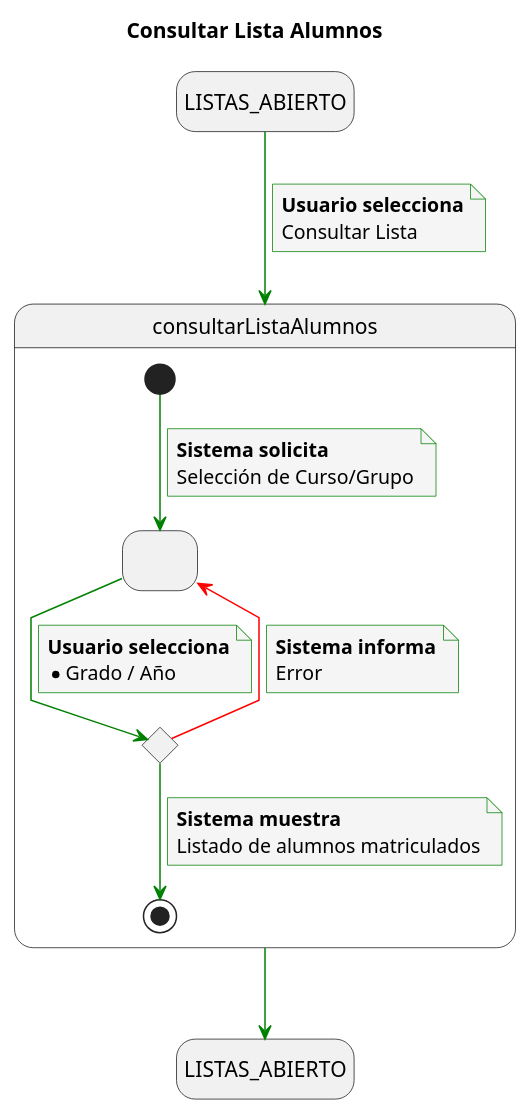
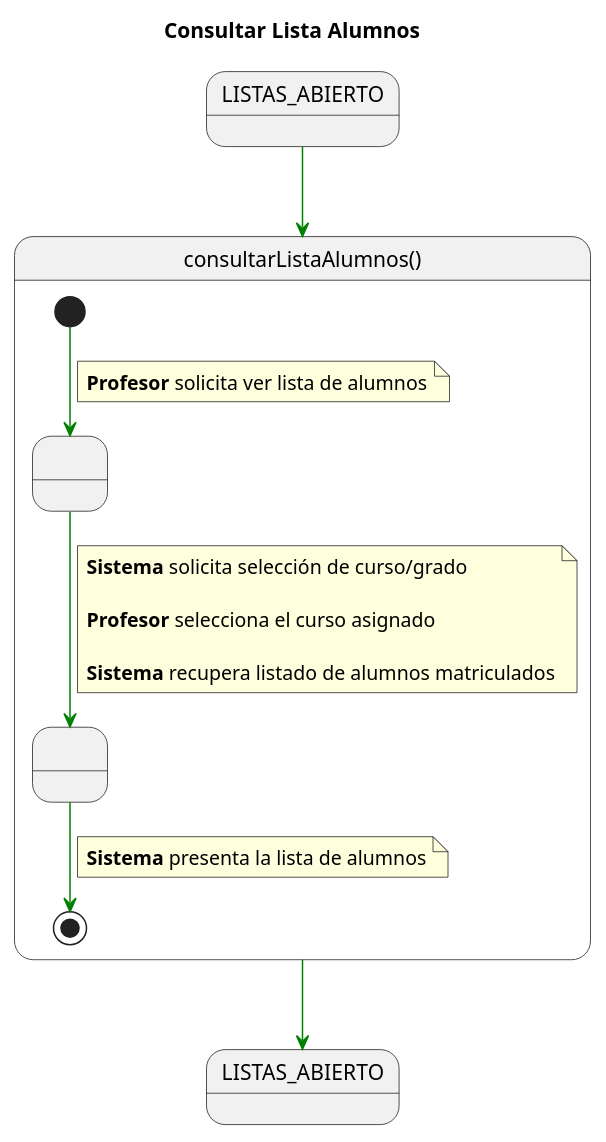
One commit to enmabry/25-26-IdSw1-SdR changed the diagram in documents/CasosDeUso/DetalladoCasosDeUso/Profesor/consultarListaAlumnos.puml. Above: the diagram before and after it, drawn with PlantUML. The commit also changed 11 other files, not shown here.

```diff
--- a/documents/CasosDeUso/DetalladoCasosDeUso/Profesor/consultarListaAlumnos.puml
+++ b/documents/CasosDeUso/DetalladoCasosDeUso/Profesor/consultarListaAlumnos.puml
@@ -1,53 +1,39 @@
 @startuml
 title Consultar Lista Alumnos
 
-skinparam {
-    NoteBackgroundColor #whiteSmoke
-    ArrowColor #green
-    NoteBorderColor #green
-    linetype polyline
+skinparam linetype polyline
+
+state LISTAS_ABIERTO_INICIAL as "LISTAS_ABIERTO"
+state LISTAS_ABIERTO_FINAL as "LISTAS_ABIERTO"
+
+LISTAS_ABIERTO_INICIAL -[#green]-> consultarListaAlumnos
+
+state consultarListaAlumnos as "consultarListaAlumnos()" {
+
+    state " " as SolicitandoCriterios
+    state " " as ListaRenderizada
+
+    [*] -[#green]-> SolicitandoCriterios
+    note on link
+    <b>Profesor</b> solicita ver lista de alumnos
+    end note
+
+    SolicitandoCriterios -[#green]-> ListaRenderizada
+    note on link
+    <b>Sistema</b> solicita selección de curso/grado
+    
+    <b>Profesor</b> selecciona el curso asignado
+
+    <b>Sistema</b> recupera listado de alumnos matriculados
+    end note
+
+    ListaRenderizada -[#green]-> [*]
+    note on link
+    <b>Sistema</b> presenta la lista de alumnos
+    end note
+
 }
 
-hide empty description
-
-state startState as "LISTAS_ABIERTO"
-state endState as "LISTAS_ABIERTO"
-
-startState --> consultarListaAlumnos
-note on link
-    <b>Usuario selecciona</b>
-    Consultar Lista
-end note
-
-state consultarListaAlumnos {
-    state SeleccionGrupo as " "
-    state ValidarExistencia <<choice>>
-
-    [*] --> SeleccionGrupo
-    note on link
-        <b>Sistema solicita</b>
-        Selección de Curso/Grupo
-    end note
-
-    SeleccionGrupo --> ValidarExistencia
-    note on link
-        <b>Usuario selecciona</b>
-        * Grado / Año
-    end note
-
-    ValidarExistencia -[#red]-> SeleccionGrupo
-    note on link
-        <b>Sistema informa</b>
-        Error
-    end note
-
-    ValidarExistencia --> [*]
-    note on link
-        <b>Sistema muestra</b>
-        Listado de alumnos matriculados
-    end note
-}
-
-consultarListaAlumnos --> endState
+consultarListaAlumnos -[#green]-> LISTAS_ABIERTO_FINAL
 
 @enduml
```
